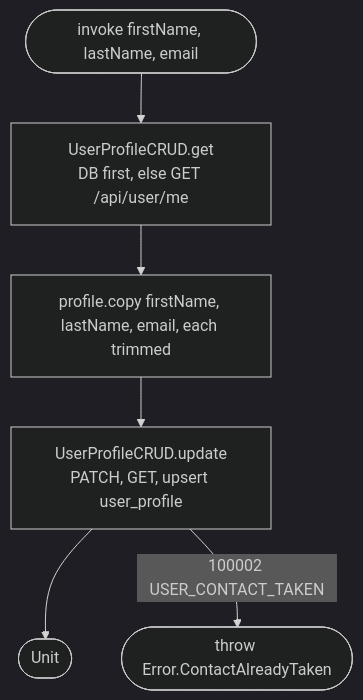
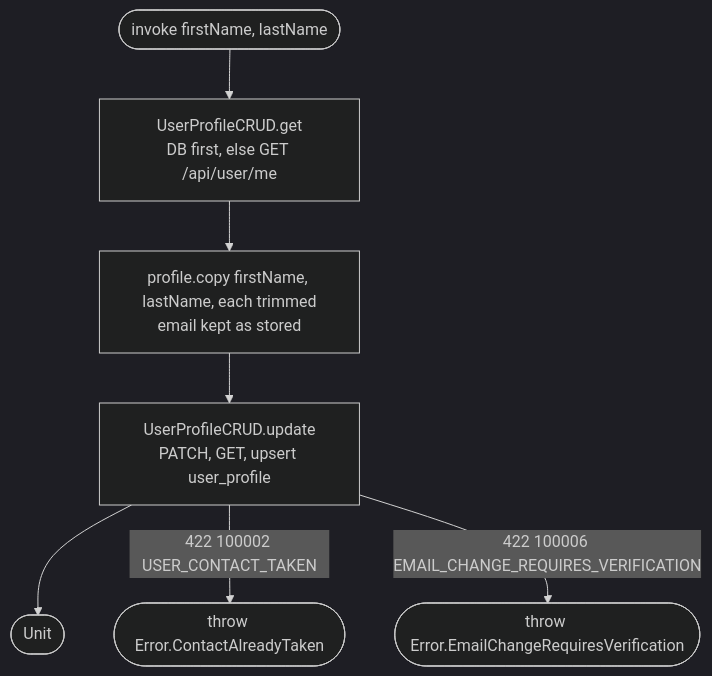
One commit to nocturneproperties/bookkme-client changed the diagram in docs/operations/settings/edit-profile.md. Above: the diagram before and after it, drawn with Mermaid (dark theme). The commit also changed other lines of this file and 74 other files, not shown here.

Commit message:
[ISSUE-143] change email from profile flow

````diff
--- a/docs/operations/settings/edit-profile.md
+++ b/docs/operations/settings/edit-profile.md
@@ -10,8 +13,9 @@
 ```mermaid
 flowchart TD
-    Start([invoke firstName, lastName, email]) --> Get[UserProfileCRUD.get<br/>DB first, else GET /api/user/me]
-    Get --> Copy[profile.copy firstName, lastName, email, each trimmed]
+    Start([invoke firstName, lastName]) --> Get[UserProfileCRUD.get<br/>DB first, else GET /api/user/me]
+    Get --> Copy[profile.copy firstName, lastName, each trimmed<br/>email kept as stored]
     Copy --> Upd[UserProfileCRUD.update<br/>PATCH, GET, upsert user_profile]
     Upd --> R([Unit])
-    Upd -- 100002 USER_CONTACT_TAKEN --> Taken([throw Error.ContactAlreadyTaken])
+    Upd -- 422 100002 USER_CONTACT_TAKEN --> Taken([throw Error.ContactAlreadyTaken])
+    Upd -- 422 100006 EMAIL_CHANGE_REQUIRES_VERIFICATION --> Verify([throw Error.EmailChangeRequiresVerification])
 ```
````
